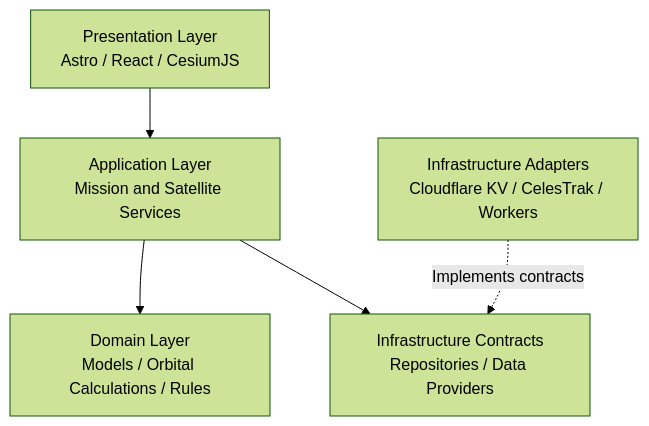
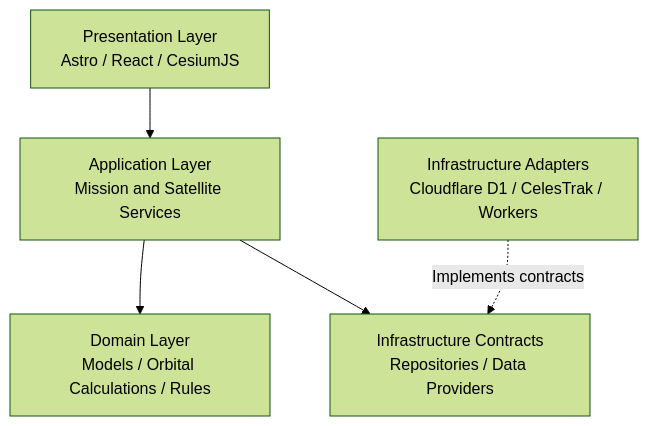
Before and after one commit to maciejgos/europe-in-space: the third of 6 diagrams in ARCHITECTURE.md, drawn with Mermaid (forest theme). The commit also changed other lines of this file and 10 other files, not shown here.

````diff
--- a/ARCHITECTURE.md
+++ b/ARCHITECTURE.md
@@ -244,13 +246,13 @@
 ```mermaid
 flowchart TB
     Presentation["Presentation Layer\nAstro / React / CesiumJS"]
     Application["Application Layer\nMission and Satellite Services"]
     Domain["Domain Layer\nModels / Orbital Calculations / Rules"]
     Ports["Infrastructure Contracts\nRepositories / Data Providers"]
-    Adapters["Infrastructure Adapters\nCloudflare KV / CelesTrak / Workers"]
+    Adapters["Infrastructure Adapters\nCloudflare D1 / CelesTrak / Workers"]
 
     Presentation --> Application
     Application --> Domain
     Application --> Ports
     Adapters -.->|"Implements contracts"| Ports
 ```
````
